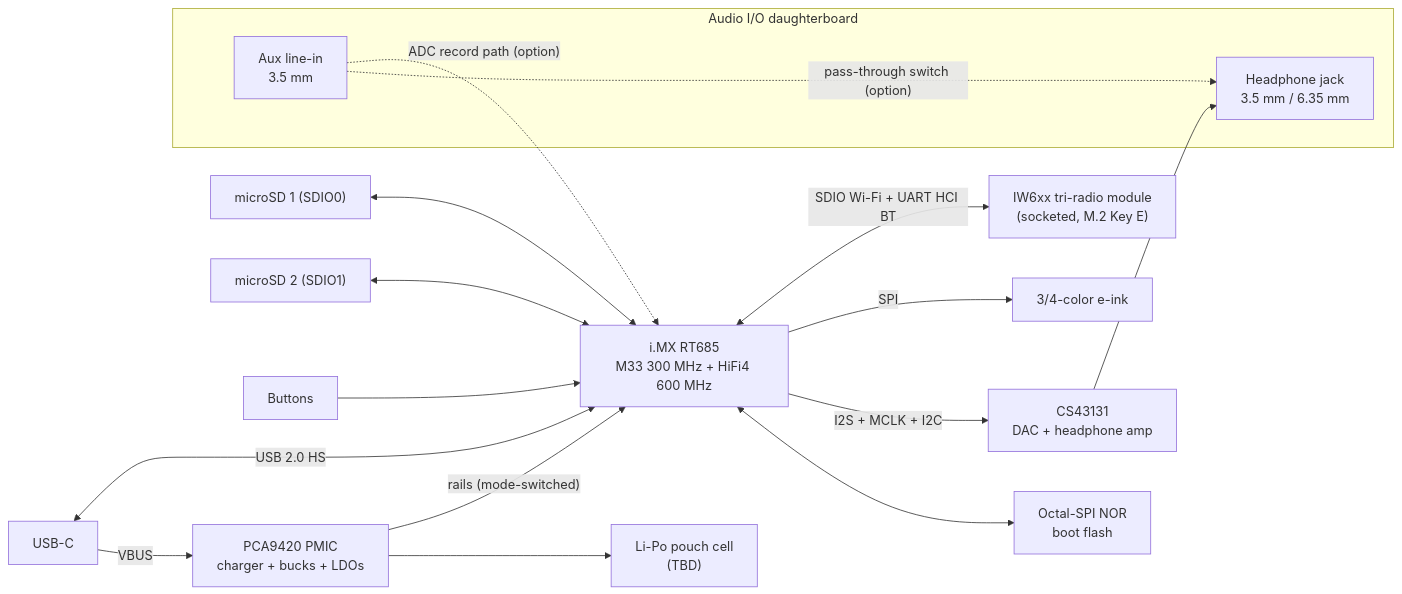
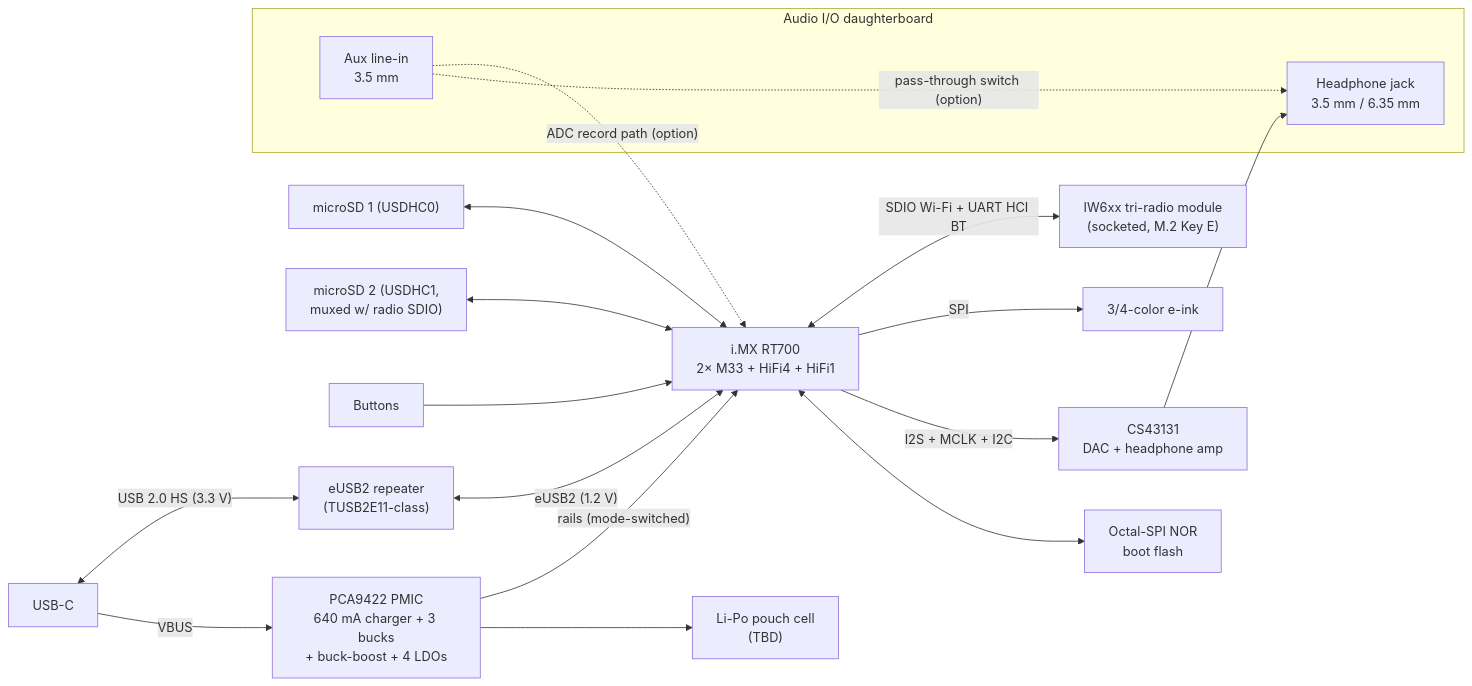
The diagram in DESIGN.md (hoover55/osap), drawn with Mermaid before and after one commit. The commit also changed other lines of this file and 2 other files, not shown here.

First line of the commit message:
Move to i.MX RT700 + PCA9422; define eUSB2-to-USB-C interface

````diff
--- a/DESIGN.md
+++ b/DESIGN.md
@@ -67,32 +69,34 @@
 ```mermaid
 flowchart LR
     USBC["USB-C"]
-    PMIC["PCA9420 PMIC<br/>charger + bucks + LDOs"]
+    PMIC["PCA9422 PMIC<br/>640 mA charger + 3 bucks<br/>+ buck-boost + 4 LDOs"]
     BATT["Li-Po pouch cell<br/>(TBD)"]
-    MCU["i.MX RT685<br/>M33 300 MHz + HiFi4 600 MHz"]
+    RPT["eUSB2 repeater<br/>(TUSB2E11-class)"]
+    MCU["i.MX RT700<br/>2× M33 + HiFi4 + HiFi1"]
     FLASH["Octal-SPI NOR<br/>boot flash"]
     RADIO["IW6xx tri-radio module<br/>(socketed, M.2 Key E)"]
     DAC["CS43131<br/>DAC + headphone amp"]
 
     subgraph DB["Audio I/O daughterboard"]
         JACK["Headphone jack<br/>3.5 mm / 6.35 mm"]
         AUX["Aux line-in<br/>3.5 mm"]
     end
-    SD1["microSD 1 (SDIO0)"]
-    SD2["microSD 2 (SDIO1)"]
+    SD1["microSD 1 (USDHC0)"]
+    SD2["microSD 2 (USDHC1,<br/>muxed w/ radio SDIO)"]
     EINK["3/4-color e-ink"]
     BTNS["Buttons"]
 
     USBC -- "VBUS" --> PMIC --> BATT
     PMIC -- "rails (mode-switched)" --> MCU
-    USBC <-- "USB 2.0 HS" --> MCU
+    USBC <-- "USB 2.0 HS (3.3 V)" --> RPT
+    RPT <-- "eUSB2 (1.2 V)" --> MCU
     MCU <--> FLASH
     MCU -- "I2S + MCLK + I2C" --> DAC --> JACK
     AUX -. "pass-through switch (option)" .-> JACK
     AUX -. "ADC record path (option)" .-> MCU
     SD1 <--> MCU
     SD2 <--> MCU
     MCU -- "SPI" --> EINK
     BTNS --> MCU
     MCU <-- "SDIO Wi-Fi + UART HCI BT" --> RADIO
 ```
````
